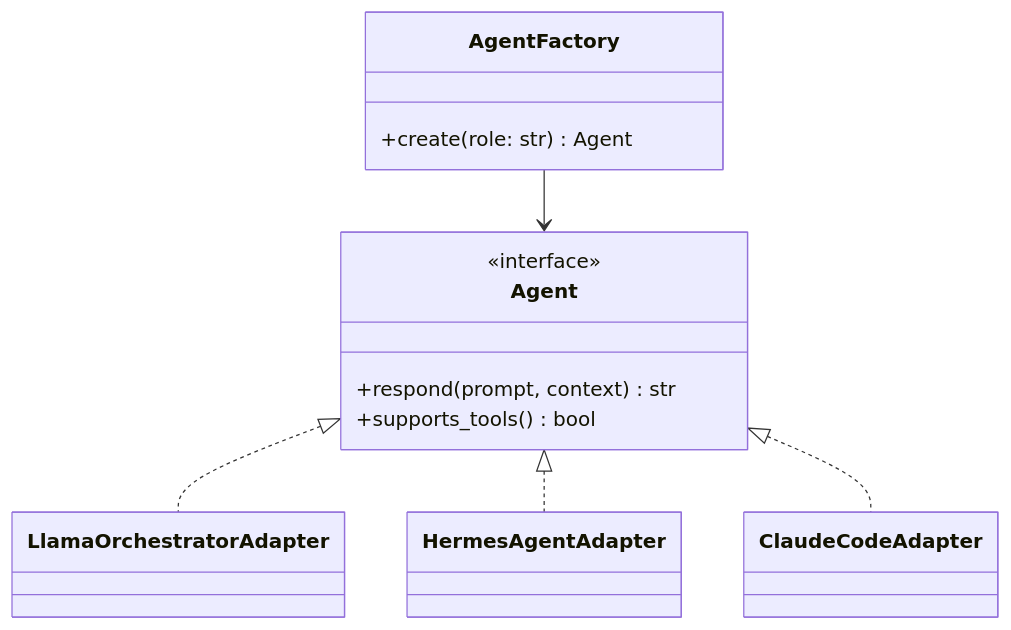
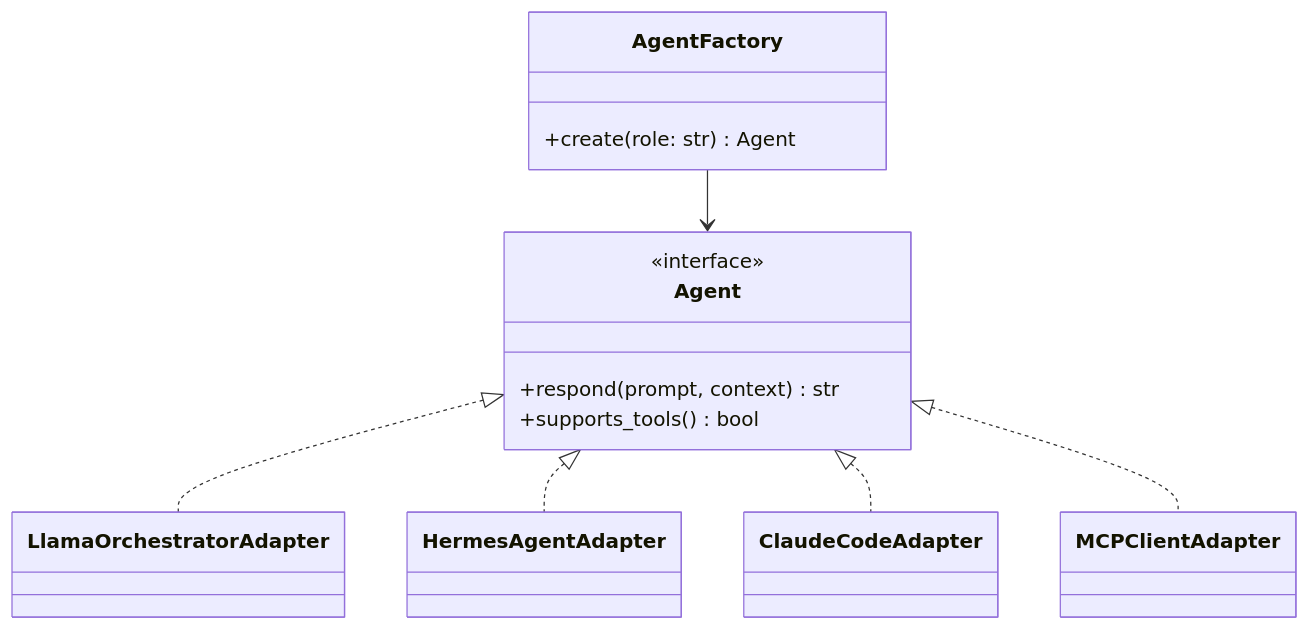
One commit to MrVoidK/jarvis_project changed the second of 6 diagrams in docs/ARCHITECTURE.md. Above: the diagram before and after it, drawn with Mermaid. The commit also changed other lines of this file and 2 other files, not shown here.

First line of the commit message:
docs: Hibrit MCP vizyonunu ARCHITECTURE.md ve ROADMAP.md'ye ekle

````diff
--- a/docs/ARCHITECTURE.md
+++ b/docs/ARCHITECTURE.md
@@ -70,18 +89,20 @@
 ```mermaid
 classDiagram
     class AgentFactory {
         +create(role: str) Agent
     }
     class Agent {
         <<interface>>
         +respond(prompt, context) str
         +supports_tools() bool
     }
     class LlamaOrchestratorAdapter
     class HermesAgentAdapter
     class ClaudeCodeAdapter
+    class MCPClientAdapter
     AgentFactory --> Agent
     Agent <|.. LlamaOrchestratorAdapter
     Agent <|.. HermesAgentAdapter
     Agent <|.. ClaudeCodeAdapter
+    Agent <|.. MCPClientAdapter
 ```
````
